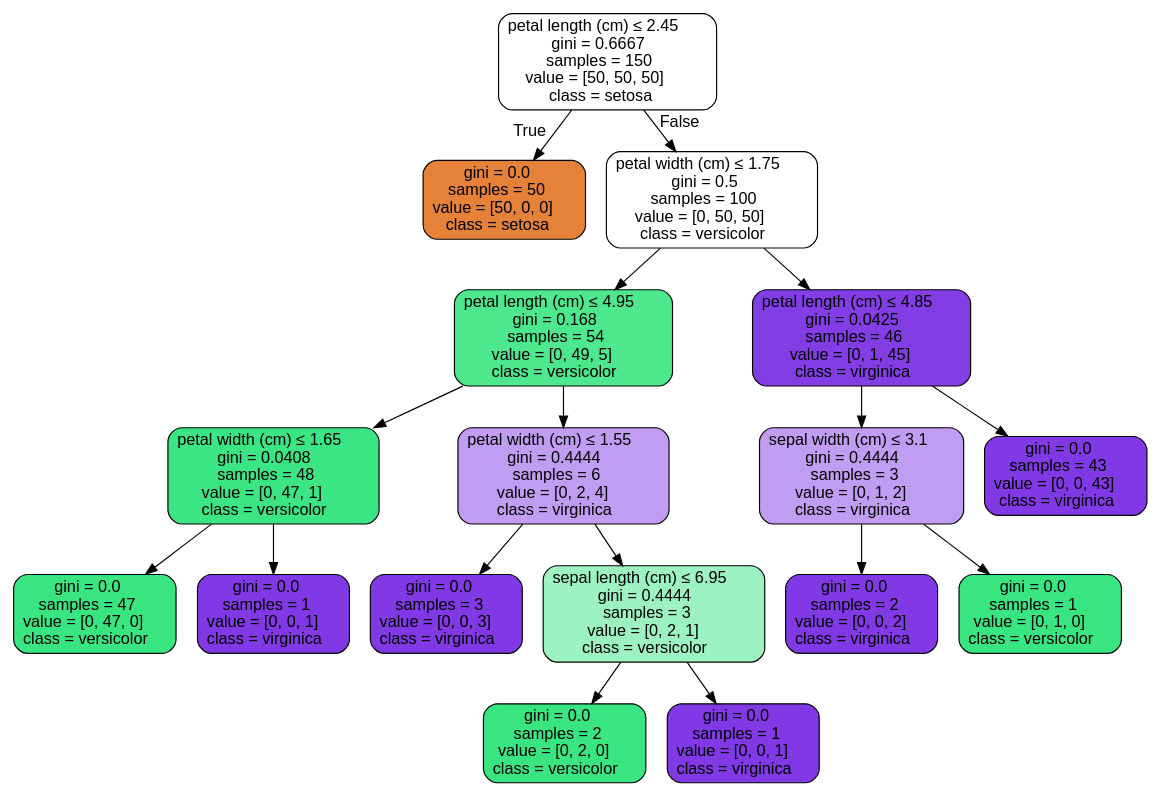
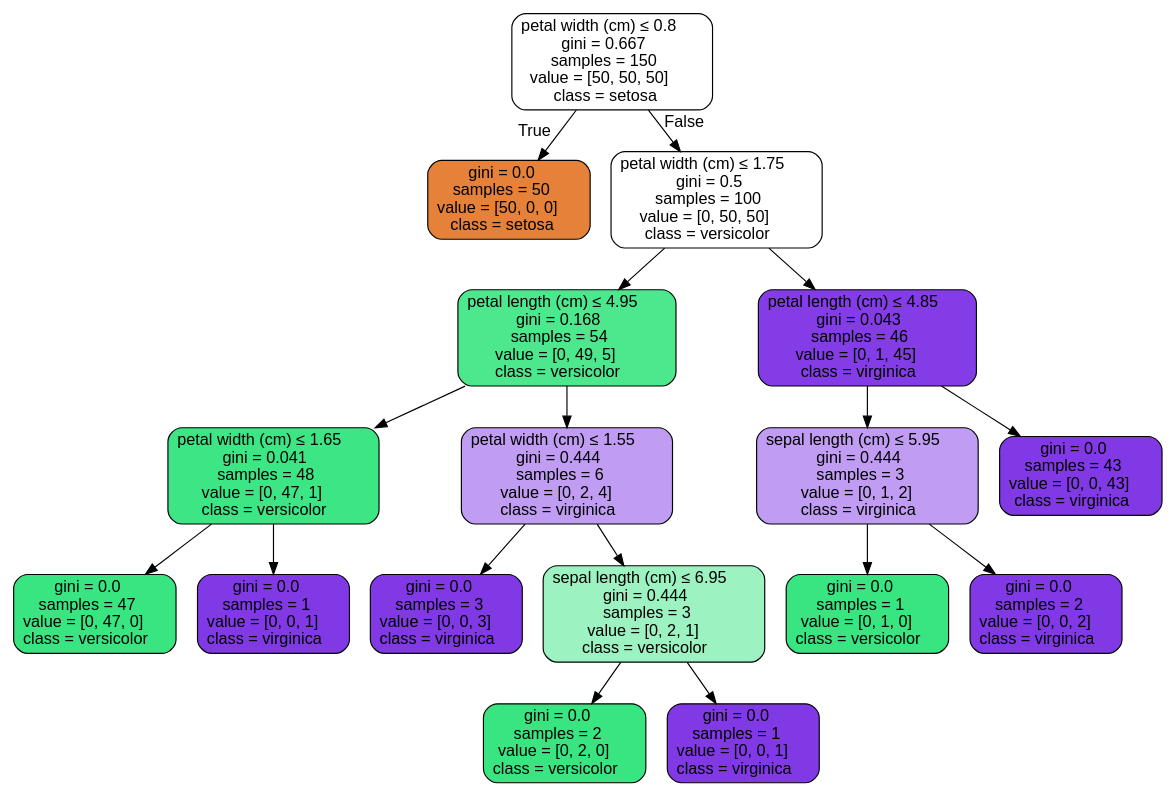
One commit to scetx/datax changed the diagram in 05a-tools-titanic/archive/iris.dot. Above: the diagram before and after it, drawn with Graphviz. The commit also changed 3 other files, not shown here.

```diff
--- a/05a-tools-titanic/archive/iris.dot
+++ b/05a-tools-titanic/archive/iris.dot
@@ -1,37 +1,37 @@
 digraph Tree {
 node [shape=box, style="filled, rounded", color="black", fontname=helvetica] ;
 edge [fontname=helvetica] ;
-0 [label=<petal length (cm) &le; 2.45<br/>gini = 0.6667<br/>samples = 150<br/>value = [50, 50, 50]<br/>class = setosa>, fillcolor="#e5813900"] ;
-1 [label=<gini = 0.0<br/>samples = 50<br/>value = [50, 0, 0]<br/>class = setosa>, fillcolor="#e58139ff"] ;
+0 [label=<petal width (cm) &le; 0.8<br/>gini = 0.667<br/>samples = 150<br/>value = [50, 50, 50]<br/>class = setosa>, fillcolor="#ffffff"] ;
+1 [label=<gini = 0.0<br/>samples = 50<br/>value = [50, 0, 0]<br/>class = setosa>, fillcolor="#e58139"] ;
 0 -> 1 [labeldistance=2.5, labelangle=45, headlabel="True"] ;
-2 [label=<petal width (cm) &le; 1.75<br/>gini = 0.5<br/>samples = 100<br/>value = [0, 50, 50]<br/>class = versicolor>, fillcolor="#39e58100"] ;
+2 [label=<petal width (cm) &le; 1.75<br/>gini = 0.5<br/>samples = 100<br/>value = [0, 50, 50]<br/>class = versicolor>, fillcolor="#ffffff"] ;
 0 -> 2 [labeldistance=2.5, labelangle=-45, headlabel="False"] ;
-3 [label=<petal length (cm) &le; 4.95<br/>gini = 0.168<br/>samples = 54<br/>value = [0, 49, 5]<br/>class = versicolor>, fillcolor="#39e581e5"] ;
+3 [label=<petal length (cm) &le; 4.95<br/>gini = 0.168<br/>samples = 54<br/>value = [0, 49, 5]<br/>class = versicolor>, fillcolor="#4de88e"] ;
 2 -> 3 ;
-4 [label=<petal width (cm) &le; 1.65<br/>gini = 0.0408<br/>samples = 48<br/>value = [0, 47, 1]<br/>class = versicolor>, fillcolor="#39e581fa"] ;
+4 [label=<petal width (cm) &le; 1.65<br/>gini = 0.041<br/>samples = 48<br/>value = [0, 47, 1]<br/>class = versicolor>, fillcolor="#3de684"] ;
 3 -> 4 ;
-5 [label=<gini = 0.0<br/>samples = 47<br/>value = [0, 47, 0]<br/>class = versicolor>, fillcolor="#39e581ff"] ;
+5 [label=<gini = 0.0<br/>samples = 47<br/>value = [0, 47, 0]<br/>class = versicolor>, fillcolor="#39e581"] ;
 4 -> 5 ;
-6 [label=<gini = 0.0<br/>samples = 1<br/>value = [0, 0, 1]<br/>class = virginica>, fillcolor="#8139e5ff"] ;
+6 [label=<gini = 0.0<br/>samples = 1<br/>value = [0, 0, 1]<br/>class = virginica>, fillcolor="#8139e5"] ;
 4 -> 6 ;
-7 [label=<petal width (cm) &le; 1.55<br/>gini = 0.4444<br/>samples = 6<br/>value = [0, 2, 4]<br/>class = virginica>, fillcolor="#8139e57f"] ;
+7 [label=<petal width (cm) &le; 1.55<br/>gini = 0.444<br/>samples = 6<br/>value = [0, 2, 4]<br/>class = virginica>, fillcolor="#c09cf2"] ;
 3 -> 7 ;
-8 [label=<gini = 0.0<br/>samples = 3<br/>value = [0, 0, 3]<br/>class = virginica>, fillcolor="#8139e5ff"] ;
+8 [label=<gini = 0.0<br/>samples = 3<br/>value = [0, 0, 3]<br/>class = virginica>, fillcolor="#8139e5"] ;
 7 -> 8 ;
-9 [label=<sepal length (cm) &le; 6.95<br/>gini = 0.4444<br/>samples = 3<br/>value = [0, 2, 1]<br/>class = versicolor>, fillcolor="#39e5817f"] ;
+9 [label=<sepal length (cm) &le; 6.95<br/>gini = 0.444<br/>samples = 3<br/>value = [0, 2, 1]<br/>class = versicolor>, fillcolor="#9cf2c0"] ;
 7 -> 9 ;
-10 [label=<gini = 0.0<br/>samples = 2<br/>value = [0, 2, 0]<br/>class = versicolor>, fillcolor="#39e581ff"] ;
+10 [label=<gini = 0.0<br/>samples = 2<br/>value = [0, 2, 0]<br/>class = versicolor>, fillcolor="#39e581"] ;
 9 -> 10 ;
-11 [label=<gini = 0.0<br/>samples = 1<br/>value = [0, 0, 1]<br/>class = virginica>, fillcolor="#8139e5ff"] ;
+11 [label=<gini = 0.0<br/>samples = 1<br/>value = [0, 0, 1]<br/>class = virginica>, fillcolor="#8139e5"] ;
 9 -> 11 ;
-12 [label=<petal length (cm) &le; 4.85<br/>gini = 0.0425<br/>samples = 46<br/>value = [0, 1, 45]<br/>class = virginica>, fillcolor="#8139e5f9"] ;
+12 [label=<petal length (cm) &le; 4.85<br/>gini = 0.043<br/>samples = 46<br/>value = [0, 1, 45]<br/>class = virginica>, fillcolor="#843de6"] ;
 2 -> 12 ;
-13 [label=<sepal width (cm) &le; 3.1<br/>gini = 0.4444<br/>samples = 3<br/>value = [0, 1, 2]<br/>class = virginica>, fillcolor="#8139e57f"] ;
+13 [label=<sepal length (cm) &le; 5.95<br/>gini = 0.444<br/>samples = 3<br/>value = [0, 1, 2]<br/>class = virginica>, fillcolor="#c09cf2"] ;
 12 -> 13 ;
-14 [label=<gini = 0.0<br/>samples = 2<br/>value = [0, 0, 2]<br/>class = virginica>, fillcolor="#8139e5ff"] ;
+14 [label=<gini = 0.0<br/>samples = 1<br/>value = [0, 1, 0]<br/>class = versicolor>, fillcolor="#39e581"] ;
 13 -> 14 ;
-15 [label=<gini = 0.0<br/>samples = 1<br/>value = [0, 1, 0]<br/>class = versicolor>, fillcolor="#39e581ff"] ;
+15 [label=<gini = 0.0<br/>samples = 2<br/>value = [0, 0, 2]<br/>class = virginica>, fillcolor="#8139e5"] ;
 13 -> 15 ;
-16 [label=<gini = 0.0<br/>samples = 43<br/>value = [0, 0, 43]<br/>class = virginica>, fillcolor="#8139e5ff"] ;
+16 [label=<gini = 0.0<br/>samples = 43<br/>value = [0, 0, 43]<br/>class = virginica>, fillcolor="#8139e5"] ;
 12 -> 16 ;
 }
```
